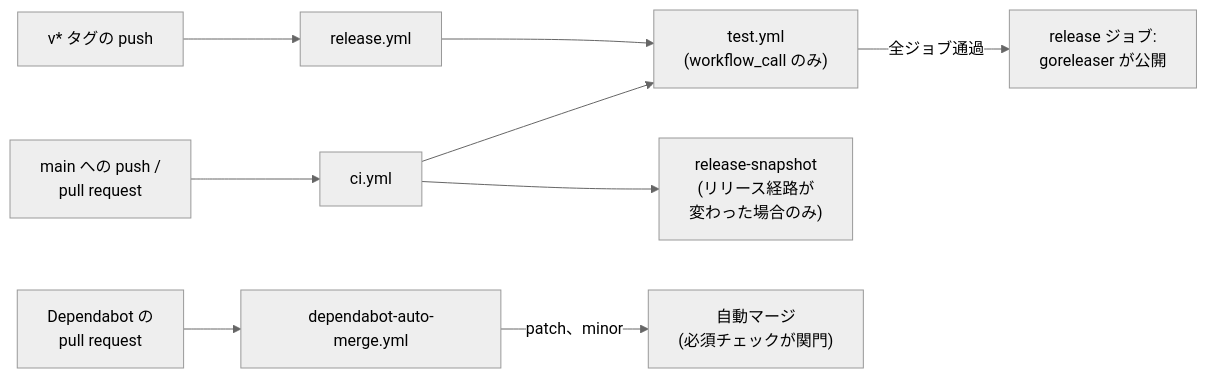
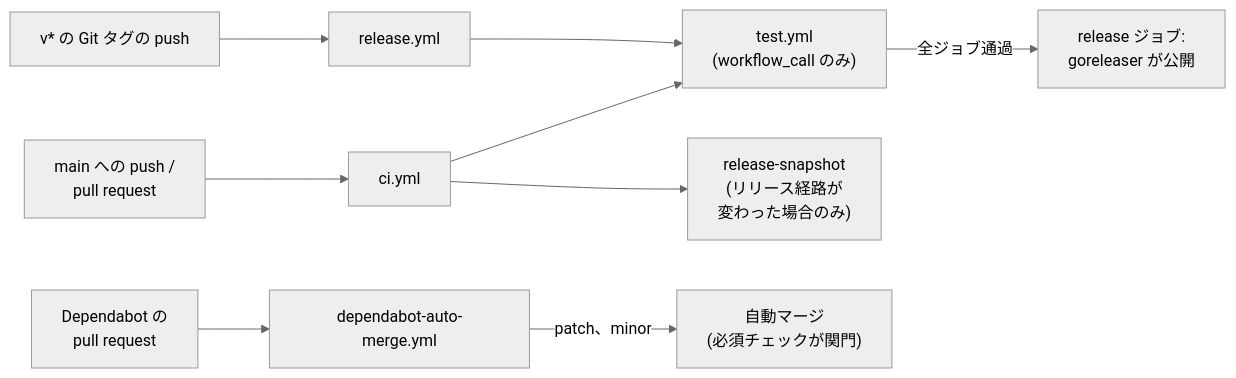
The diagram in docs/ja/development/github-actions.md (moepig/cheapskate), drawn with Mermaid (neutral theme) before and after one commit. The commit also changed other lines of this file and 47 other files, not shown here.

````diff
--- a/docs/ja/development/github-actions.md
+++ b/docs/ja/development/github-actions.md
@@ -25,19 +25,19 @@
 ```mermaid
 flowchart LR
     push["main への push /
     pull request"] --> ci["ci.yml"]
     pr["Dependabot の
     pull request"] --> am["dependabot-auto-merge.yml"]
-    tag["v* タグの push"] --> rel["release.yml"]
+    tag["v* の Git タグの push"] --> rel["release.yml"]
 
     ci --> test["test.yml
     (workflow_call のみ)"]
     ci --> snap["release-snapshot
     (リリース経路が
     変わった場合のみ)"]
     rel --> test
     test -- "全ジョブ通過" --> gor["release ジョブ:
     goreleaser が公開"]
     am -- "patch、minor" --> auto["自動マージ
     (必須チェックが関門)"]
 ```
````
